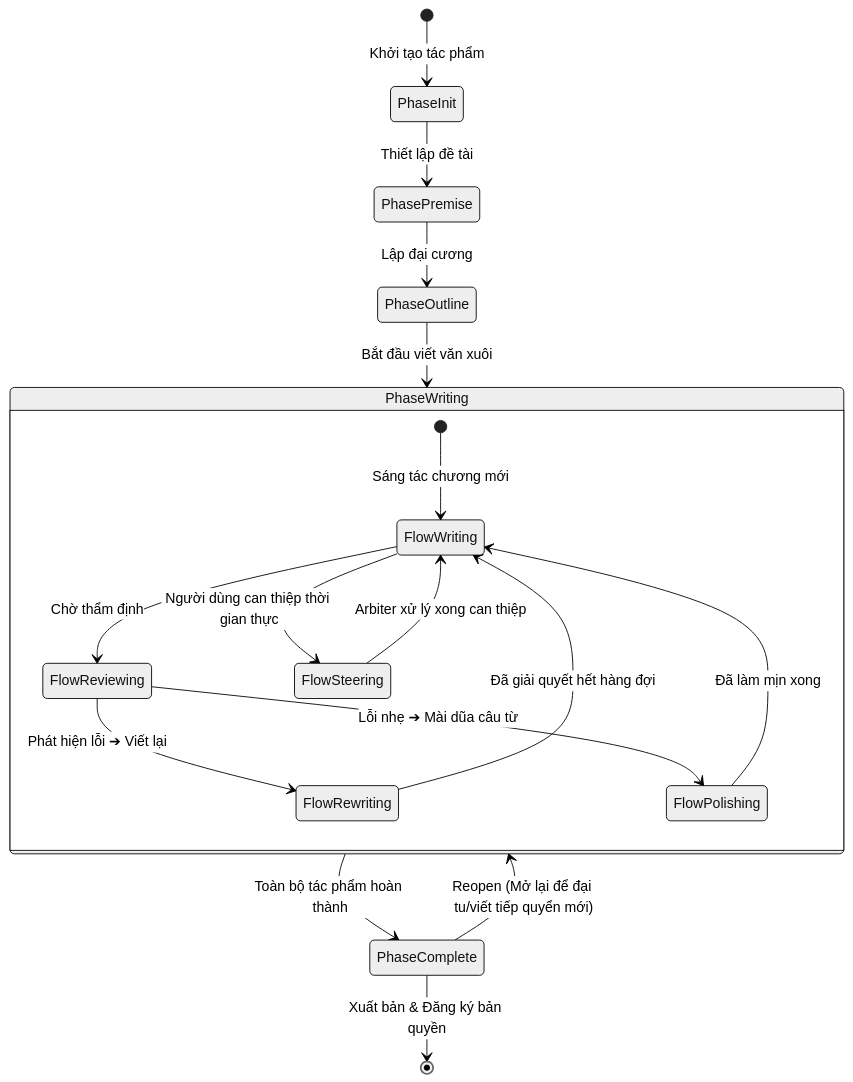
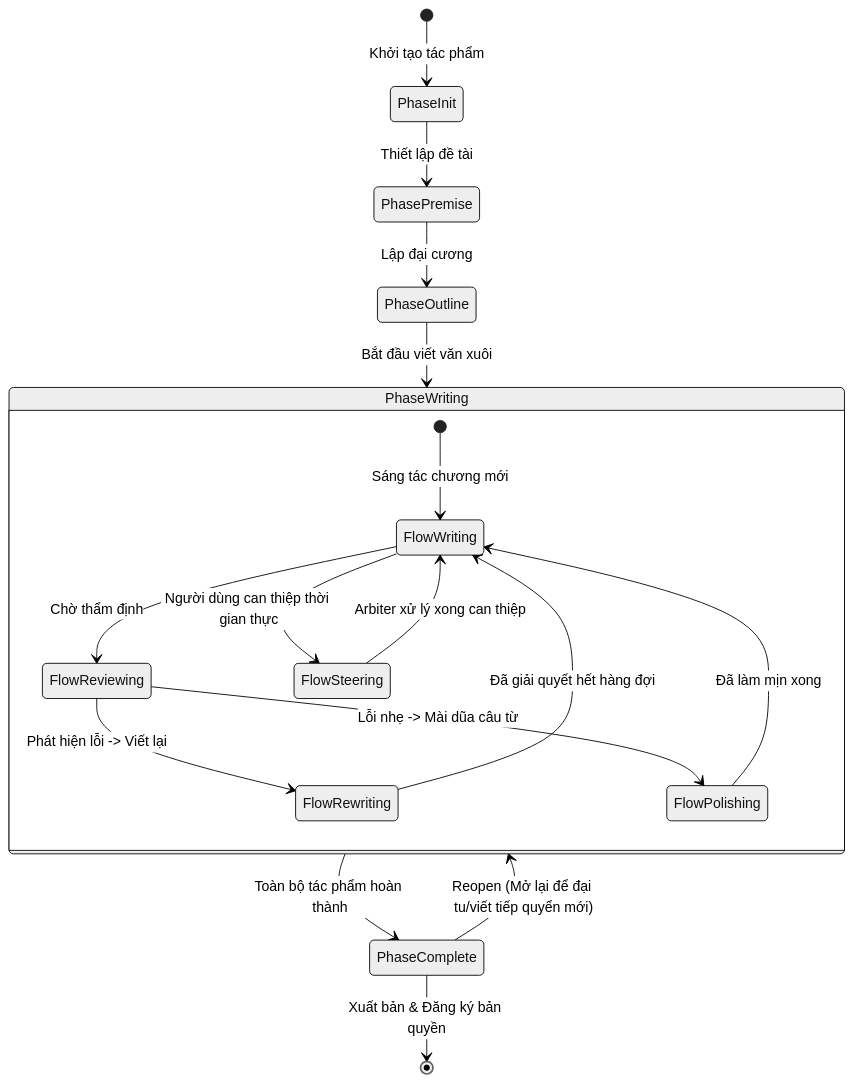
One commit to Ming2k8-Coder/ainovel-cli changed the eighth of 8 diagrams in docs/diagrams.md. Above: the diagram before and after it, drawn with Mermaid (neutral theme). The commit also changed other lines of this file, not shown here.

Commit message:
fix(docs): quote all special characters and parentheses in Mermaid node labels

````diff
--- a/docs/diagrams.md
+++ b/docs/diagrams.md
@@ -265,22 +273,22 @@
 ```mermaid
 stateDiagram-v2
     [*] --> PhaseInit: Khởi tạo tác phẩm
     PhaseInit --> PhasePremise: Thiết lập đề tài
     PhasePremise --> PhaseOutline: Lập đại cương
     PhaseOutline --> PhaseWriting: Bắt đầu viết văn xuôi
     
     state PhaseWriting {
         [*] --> FlowWriting: Sáng tác chương mới
         FlowWriting --> FlowReviewing: Chờ thẩm định
-        FlowReviewing --> FlowRewriting: Phát hiện lỗi ➔ Viết lại
-        FlowReviewing --> FlowPolishing: Lỗi nhẹ ➔ Mài dũa câu từ
+        FlowReviewing --> FlowRewriting: Phát hiện lỗi -> Viết lại
+        FlowReviewing --> FlowPolishing: Lỗi nhẹ -> Mài dũa câu từ
         FlowRewriting --> FlowWriting: Đã giải quyết hết hàng đợi
         FlowPolishing --> FlowWriting: Đã làm mịn xong
         FlowWriting --> FlowSteering: Người dùng can thiệp thời gian thực
         FlowSteering --> FlowWriting: Arbiter xử lý xong can thiệp
     }
 
     PhaseWriting --> PhaseComplete: Toàn bộ tác phẩm hoàn thành
     PhaseComplete --> [*]: Xuất bản & Đăng ký bản quyền
     PhaseComplete --> PhaseWriting: Reopen (Mở lại để đại tu/viết tiếp quyển mới)
 ```
````
